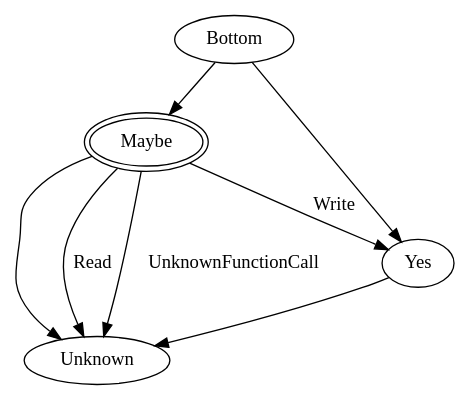
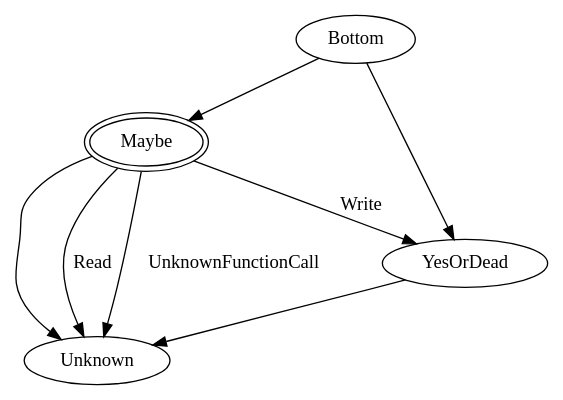
Before and after one commit to revng/revng: the diagram in lib/StackAnalysis/UsedReturnValuesOfFunction.dot, drawn with Graphviz. The commit also changed 12 other files, not shown here.

```diff
--- a/lib/StackAnalysis/UsedReturnValuesOfFunction.dot
+++ b/lib/StackAnalysis/UsedReturnValuesOfFunction.dot
@@ -1,21 +1,21 @@
 #
 # This file is distributed under the MIT License. See LICENSE.md for details.
 #
 
 digraph UsedReturnValuesOfFunction {
   Bottom;
   Maybe [peripheries=2];
-  Yes;
+  YesOrDead;
   Unknown;
 
   # Lattice
-  Bottom->Yes;
+  Bottom->YesOrDead;
   Bottom->Maybe;
-  Yes->Unknown;
+  YesOrDead->Unknown;
   Maybe->Unknown;
 
   # Transfer functions
-  Maybe->Yes [label="Write"];
+  Maybe->YesOrDead [label="Write"];
   Maybe->Unknown [label="Read"];
   Maybe->Unknown [label="UnknownFunctionCall"];
 }
```
